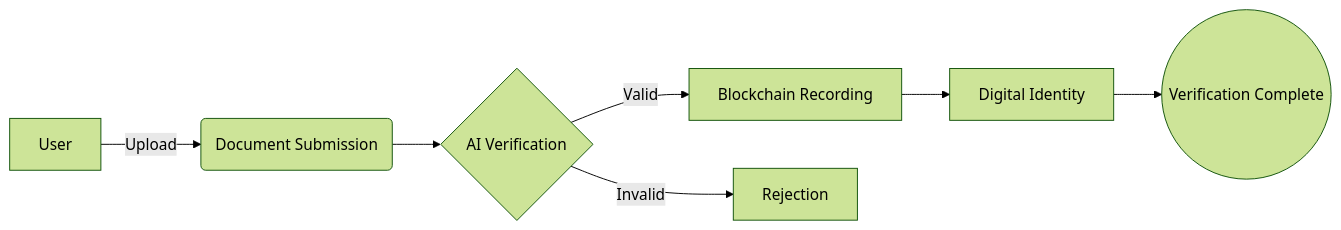
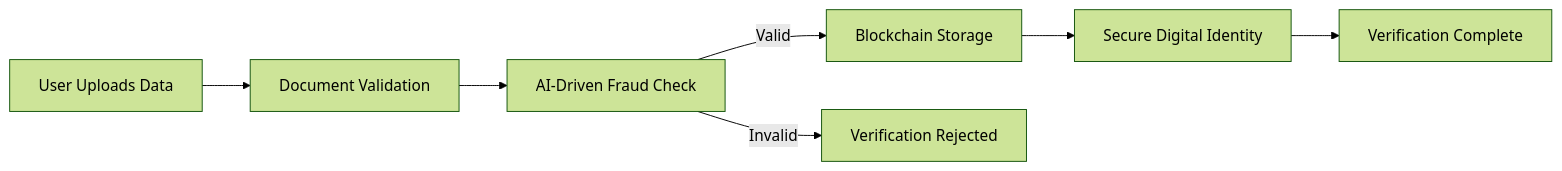
Before and after one commit to project-ivs/frontend: the diagram in README.md, drawn with Mermaid (forest theme). The commit also changed other lines of this file, not shown here.

````diff
--- a/README.md
+++ b/README.md
@@ -117,9 +101,9 @@
 ```mermaid
 graph LR
-    A[User] -->|Upload| B(Document Submission)
-    B --> C{AI Verification}
-    C -->|Valid| D[Blockchain Recording]
-    C -->|Invalid| E[Rejection]
-    D --> F[Digital Identity]
-    F --> G((Verification Complete))
+    User[User Uploads Data] --> Document[Document Validation]
+    Document --> AI[AI-Driven Fraud Check]
+    AI -->|Valid| Blockchain[Blockchain Storage]
+    AI -->|Invalid| Rejection[Verification Rejected]
+    Blockchain --> Identity[Secure Digital Identity]
+    Identity --> Complete[Verification Complete]
 ```
````
